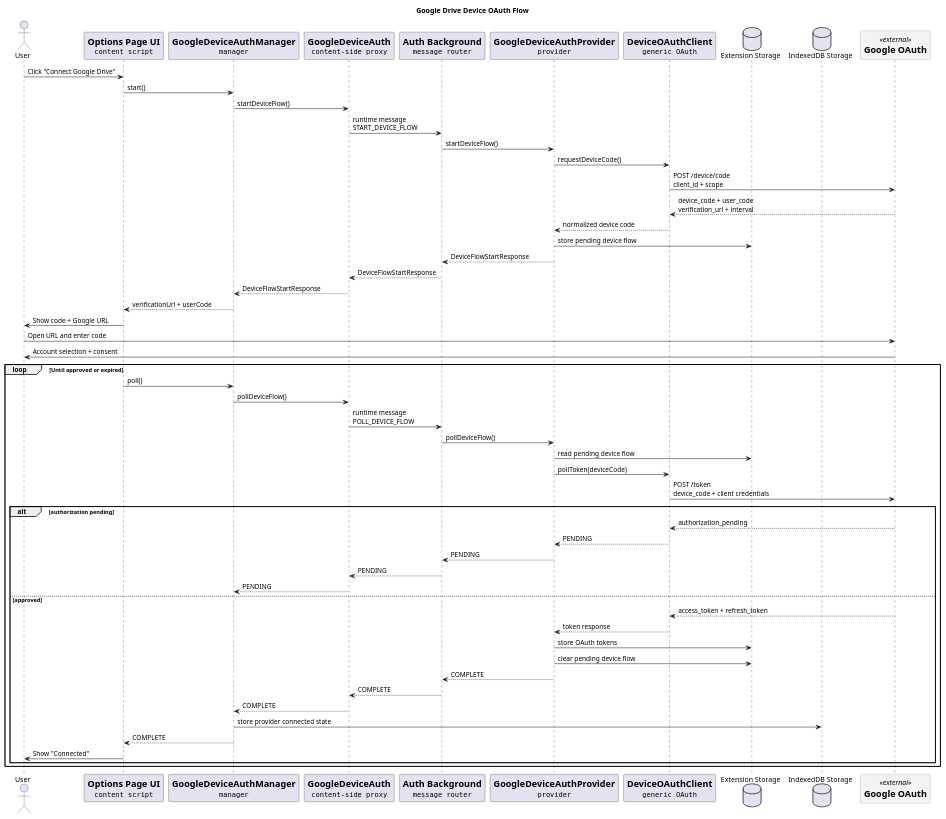
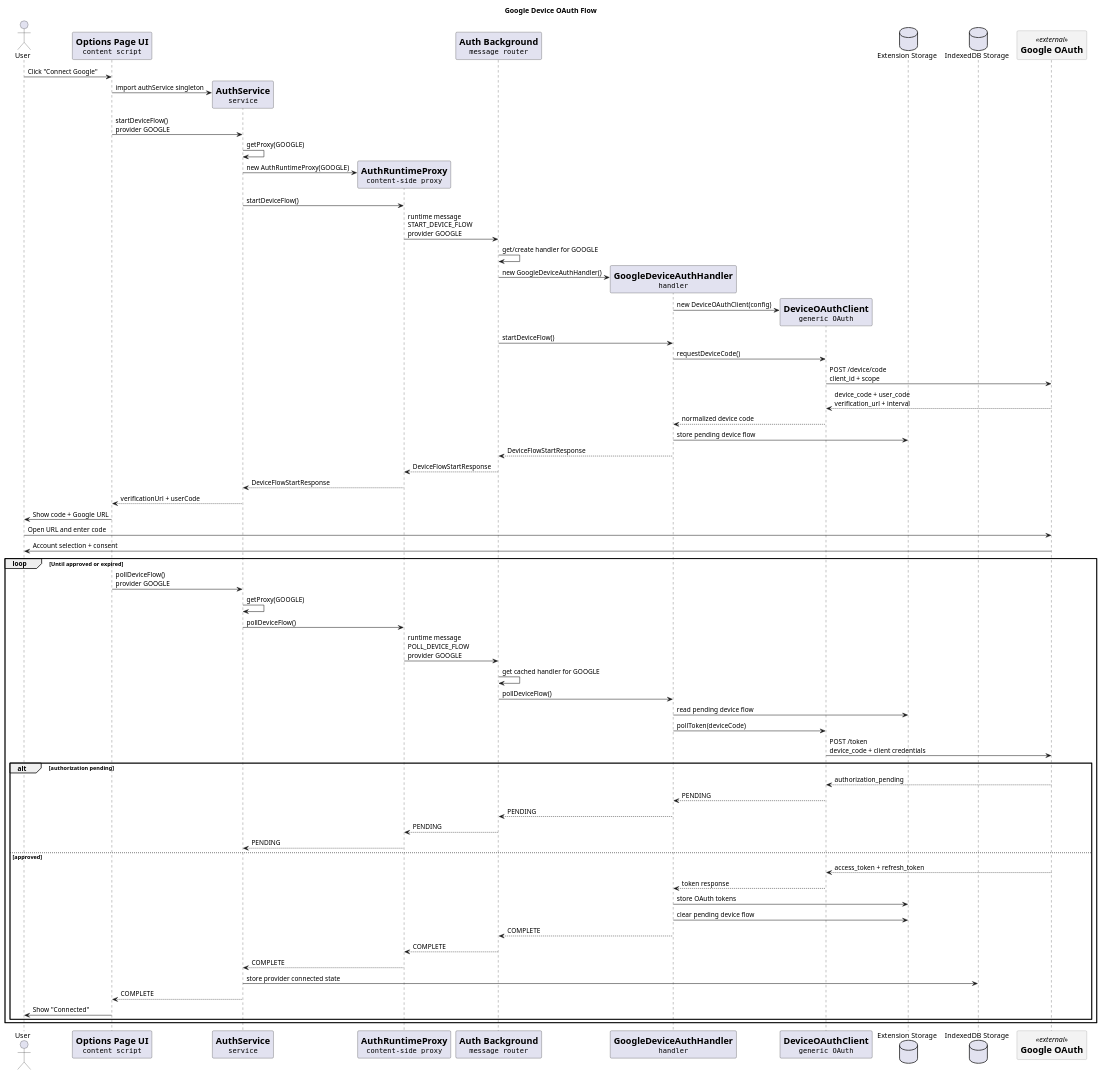
Before and after one commit to 0nis/ao3-read-tracker: the diagram in src/services/auth/diagrams/device-flow-sequence.puml, drawn with PlantUML. The commit also changed 38 other files, not shown here.

```diff
--- a/src/services/auth/diagrams/device-flow-sequence.puml
+++ b/src/services/auth/diagrams/device-flow-sequence.puml
@@ -1,88 +1,100 @@
-@startuml Google Drive Device OAuth Flow
-title Google Drive Device OAuth Flow
+@startuml Google Device OAuth Flow
+title Google Device OAuth Flow
 
 skinparam participant<<external>> {
     BackgroundColor #F3F3F3
     BorderColor #888888
 }
 
 actor User
 participant UI [
     =Options Page UI
     ""content script""
 ]
-participant Manager [
-    =GoogleDeviceAuthManager
-    ""manager""
+participant Service [
+    =AuthService
+    ""service""
 ]
 participant Proxy [
-    =GoogleDeviceAuth
+    =AuthRuntimeProxy
     ""content-side proxy""
 ]
 participant BG [
     =Auth Background
     ""message router""
 ]
-participant Provider [
-    =GoogleDeviceAuthProvider
-    ""provider""
+participant Handler [
+    =GoogleDeviceAuthHandler
+    ""handler""
 ]
 participant Client [
     =DeviceOAuthClient
     ""generic OAuth""
 ]
 database "Extension Storage" as ExtStorage
 database "IndexedDB Storage" as Storage
 
 participant Google <<external>> [
     =Google OAuth
 ]
 
-User -> UI: Click "Connect Google Drive"
-UI -> Manager: start()
-Manager -> Proxy: startDeviceFlow()
-Proxy -> BG: runtime message\nSTART_DEVICE_FLOW
-BG -> Provider: startDeviceFlow()
-Provider -> Client: requestDeviceCode()
+User -> UI: Click "Connect Google"
+create Service
+UI -> Service: import authService singleton
+UI -> Service: startDeviceFlow()\nprovider GOOGLE
+Service -> Service: getProxy(GOOGLE)
+create Proxy
+Service -> Proxy: new AuthRuntimeProxy(GOOGLE)
+Service -> Proxy: startDeviceFlow()
+Proxy -> BG: runtime message\nSTART_DEVICE_FLOW\nprovider GOOGLE
+BG -> BG: get/create handler for GOOGLE
+create Handler
+BG -> Handler: new GoogleDeviceAuthHandler()
+create Client
+Handler -> Client: new DeviceOAuthClient(config)
+BG -> Handler: startDeviceFlow()
+Handler -> Client: requestDeviceCode()
 Client -> Google: POST /device/code\nclient_id + scope
 Google --> Client: device_code + user_code\nverification_url + interval
-Client --> Provider: normalized device code
-Provider -> ExtStorage: store pending device flow
-Provider --> BG: DeviceFlowStartResponse
+Client --> Handler: normalized device code
+Handler -> ExtStorage: store pending device flow
+Handler --> BG: DeviceFlowStartResponse
 BG --> Proxy: DeviceFlowStartResponse
-Proxy --> Manager: DeviceFlowStartResponse
-Manager --> UI: verificationUrl + userCode
+Proxy --> Service: DeviceFlowStartResponse
+Service --> UI: verificationUrl + userCode
 
 UI -> User: Show code + Google URL
 User -> Google: Open URL and enter code
 Google -> User: Account selection + consent
 
 loop Until approved or expired
-  UI -> Manager: poll()
-  Manager -> Proxy: pollDeviceFlow()
-  Proxy -> BG: runtime message\nPOLL_DEVICE_FLOW
-  BG -> Provider: pollDeviceFlow()
-  Provider -> ExtStorage: read pending device flow
-  Provider -> Client: pollToken(deviceCode)
+  UI -> Service: pollDeviceFlow()\nprovider GOOGLE
+  Service -> Service: getProxy(GOOGLE)
+  Service -> Proxy: pollDeviceFlow()
+  Proxy -> BG: runtime message\nPOLL_DEVICE_FLOW\nprovider GOOGLE
+  BG -> BG: get cached handler for GOOGLE
+  BG -> Handler: pollDeviceFlow()
+  Handler -> ExtStorage: read pending device flow
+  Handler -> Client: pollToken(deviceCode)
   Client -> Google: POST /token\ndevice_code + client credentials
   alt authorization pending
     Google --> Client: authorization_pending
-    Client --> Provider: PENDING
-    Provider --> BG: PENDING
+    Client --> Handler: PENDING
+    Handler --> BG: PENDING
     BG --> Proxy: PENDING
-    Proxy --> Manager: PENDING
+    Proxy --> Service: PENDING
   else approved
     Google --> Client: access_token + refresh_token
-    Client --> Provider: token response
-    Provider -> ExtStorage: store OAuth tokens
-    Provider -> ExtStorage: clear pending device flow
-    Provider --> BG: COMPLETE
+    Client --> Handler: token response
+    Handler -> ExtStorage: store OAuth tokens
+    Handler -> ExtStorage: clear pending device flow
+    Handler --> BG: COMPLETE
     BG --> Proxy: COMPLETE
-    Proxy --> Manager: COMPLETE
-    Manager -> Storage: store provider connected state
-    Manager --> UI: COMPLETE
+    Proxy --> Service: COMPLETE
+    Service -> Storage: store provider connected state
+    Service --> UI: COMPLETE
     UI -> User: Show "Connected"
   end
 end
 
 @enduml
```
